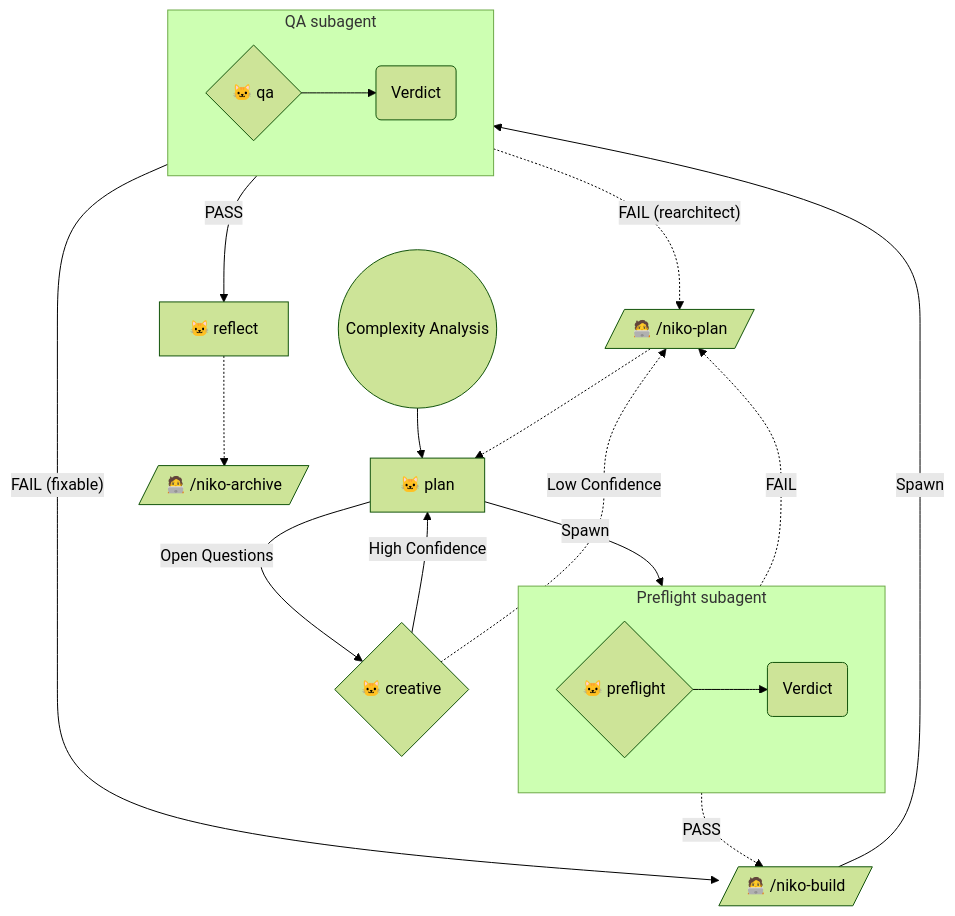
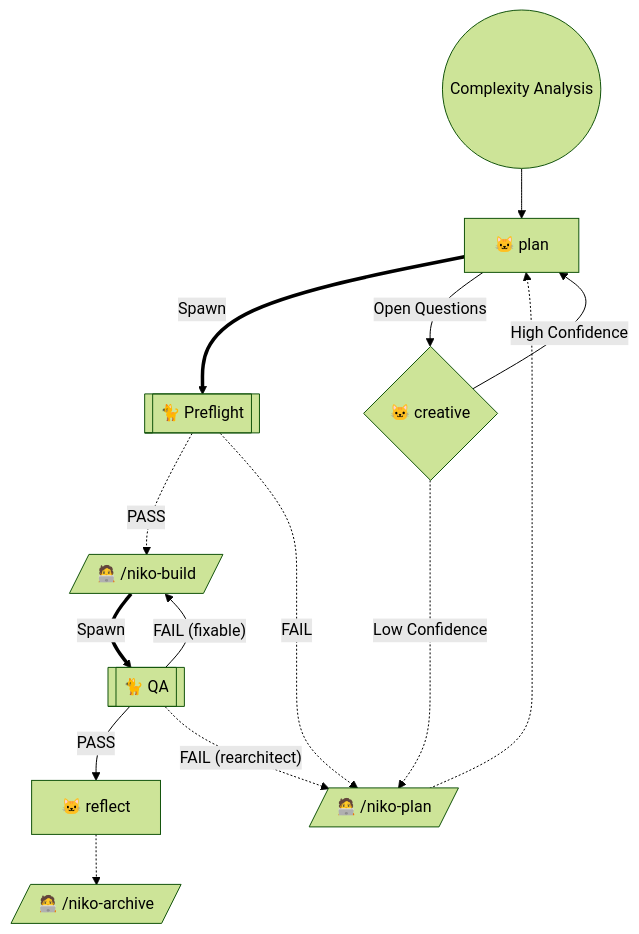
Before and after one commit to Texarkanine/devblog: the diagram in .cursor/skills/shared/niko/references/level3/level3-workflow.md, drawn with Mermaid (forest theme). The commit also changed other lines of this file and 5 other files, not shown here.

````diff
--- a/.cursor/skills/shared/niko/references/level3/level3-workflow.md
+++ b/.cursor/skills/shared/niko/references/level3/level3-workflow.md
@@ -9,27 +9,19 @@
 ```mermaid
 graph TD
     Start(("Complexity Analysis")) --> NikoPlan["🐱 plan"]
-    NikoPlan --Spawn--> NikoPreflight
-    subgraph PreflightSubagent["Preflight subagent"]
-        direction LR
-        NikoPreflight{"🐱 preflight"} --> PreflightVerdict("Verdict")
-    end
-    PreflightVerdict -.->|"PASS"| ManualBuild[/"🧑‍💻 /niko-build"/]
-    PreflightVerdict -.->|"FAIL"| ManualPlan[/"🧑‍💻 /niko-plan"/]
+    NikoPlan ==Spawn==> NikoPreflight[["🐈 Preflight"]]
+    NikoPreflight -.->|"PASS"| ManualBuild[/"🧑‍💻 /niko-build"/]
+    NikoPreflight -.->|"FAIL"| ManualPlan[/"🧑‍💻 /niko-plan"/]
 
     NikoPlan -->|"Open Questions"| NikoCreative{"🐱 creative"}
     NikoCreative -->|"High Confidence"| NikoPlan
     NikoCreative -.->|"Low Confidence"| ManualPlan
 
-    ManualBuild --Spawn--> NikoQA
-    subgraph QASubagent["QA subagent"]
-        direction LR
-        NikoQA{"🐱 qa"} --> QAVerdict("Verdict")
-    end
-    QAVerdict -->|"PASS"| NikoReflect["🐱 reflect"]
+    ManualBuild ==Spawn==> NikoQA[["🐈 QA"]]
+    NikoQA -->|"PASS"| NikoReflect["🐱 reflect"]
     NikoReflect -.-> ManualArchive[/"🧑‍💻 /niko-archive"/]
-    QAVerdict -->|"FAIL (fixable)"| ManualBuild
-    QAVerdict -.->|"FAIL (rearchitect)"| ManualPlan
+    NikoQA -->|"FAIL (fixable)"| ManualBuild
+    NikoQA -.->|"FAIL (rearchitect)"| ManualPlan
 
     ManualPlan -.-> NikoPlan
 ```
````
